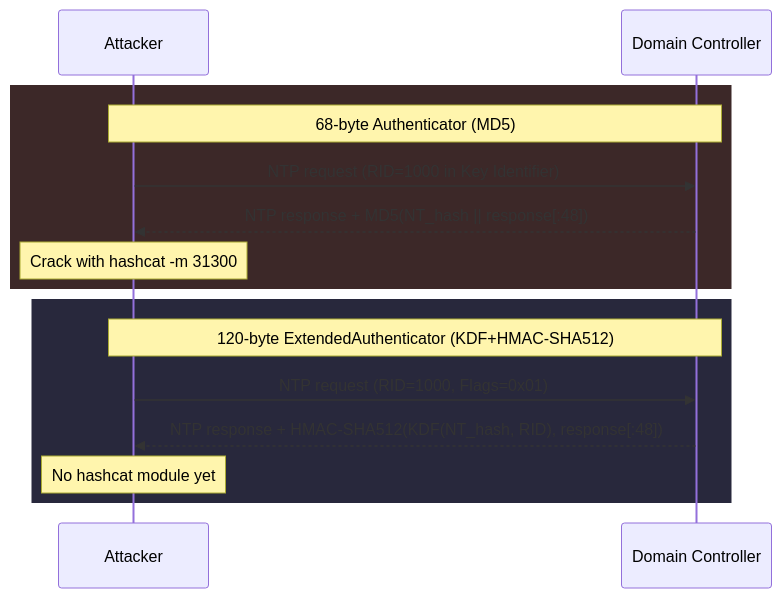
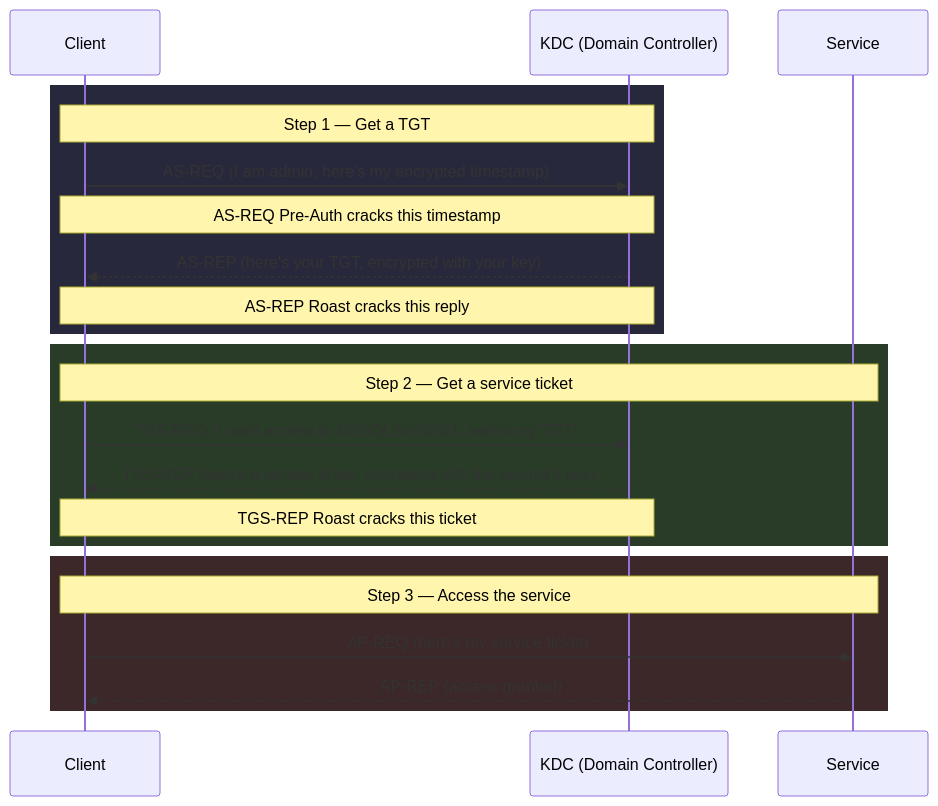
The diagram in docs/background/attacks.md (StrongWind1/KerbWolf), drawn with Mermaid before and after one commit. The commit also changed other lines of this file and 7 other files, not shown here.

````diff
--- a/docs/background/attacks.md
+++ b/docs/background/attacks.md
@@ -208,19 +11,27 @@
 ```mermaid
 sequenceDiagram
-    participant Attacker
-    participant DC as Domain Controller
+    participant Client
+    participant KDC as KDC (Domain Controller)
+    participant Service
+
+    rect rgb(40, 40, 60)
+    Note over Client,KDC: Step 1 — Get a TGT
+    Client->>KDC: AS-REQ (I am admin, here's my encrypted timestamp)
+    Note over Client,KDC: AS-REQ Pre-Auth cracks this timestamp
+    KDC-->>Client: AS-REP (here's your TGT, encrypted with your key)
+    Note over Client,KDC: AS-REP Roast cracks this reply
+    end
+
+    rect rgb(40, 60, 40)
+    Note over Client,Service: Step 2 — Get a service ticket
+    Client->>KDC: TGS-REQ (I want access to MSSQLSvc/db01, here's my TGT)
+    KDC-->>Client: TGS-REP (here's a service ticket, encrypted with the service's key)
+    Note over Client,KDC: TGS-REP Roast cracks this ticket
+    end
 
     rect rgb(60, 40, 40)
-    Note over Attacker,DC: 68-byte Authenticator (MD5)
-    Attacker->>DC: NTP request (RID=1000 in Key Identifier)
-    DC-->>Attacker: NTP response + MD5(NT_hash || response[:48])
-    Note over Attacker: Crack with hashcat -m 31300
-    end
-
-    rect rgb(40, 40, 60)
-    Note over Attacker,DC: 120-byte ExtendedAuthenticator (KDF+HMAC-SHA512)
-    Attacker->>DC: NTP request (RID=1000, Flags=0x01)
-    DC-->>Attacker: NTP response + HMAC-SHA512(KDF(NT_hash, RID), response[:48])
-    Note over Attacker: No hashcat module yet
+    Note over Client,Service: Step 3 — Access the service
+    Client->>Service: AP-REQ (here's my service ticket)
+    Service-->>Client: AP-REP (access granted)
     end
 ```
````
